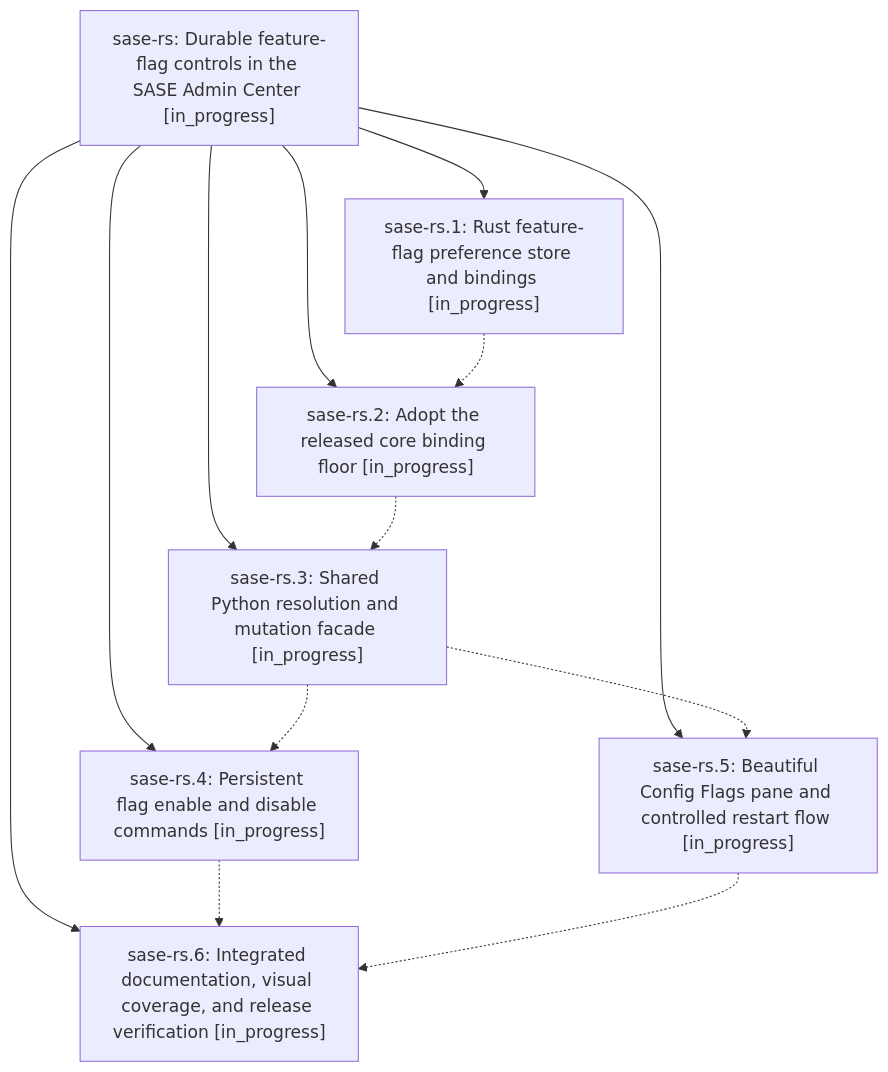
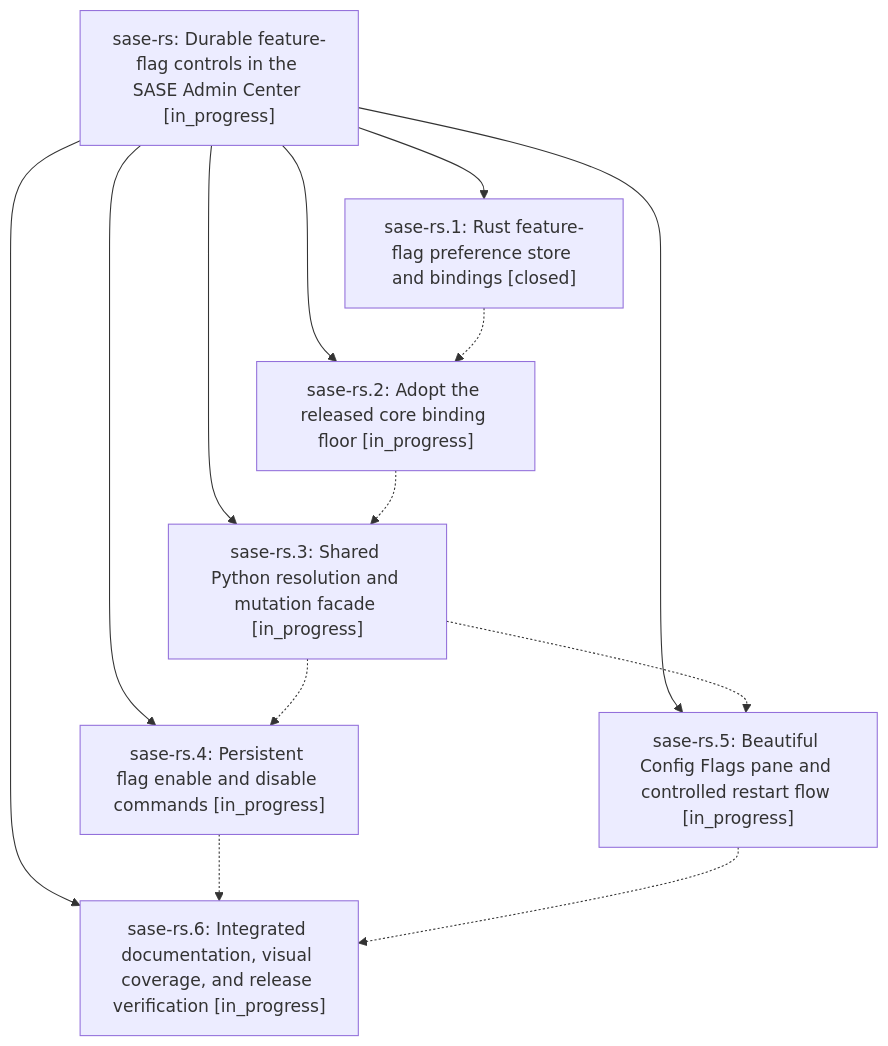
Before and after one commit to sase-org/sase--beads: the diagram in pages/sase-rs/README.md, drawn with Mermaid. The commit also changed other lines of this file and 2 other files, not shown here.

First line of the commit message:
chore(beads): sync bead state and pages for sase-rs

````diff
--- a/pages/sase-rs/README.md
+++ b/pages/sase-rs/README.md
@@ -27,22 +27,22 @@
 ```mermaid
 flowchart TD
     n0["sase-rs: Durable feature-flag controls in the SASE Admin Center [in_progress]"]
-    n1["sase-rs.1: Rust feature-flag preference store and bindings [in_progress]"]
+    n1["sase-rs.1: Rust feature-flag preference store and bindings [closed]"]
     n2["sase-rs.2: Adopt the released core binding floor [in_progress]"]
     n3["sase-rs.3: Shared Python resolution and mutation facade [in_progress]"]
     n4["sase-rs.4: Persistent flag enable and disable commands [in_progress]"]
     n5["sase-rs.5: Beautiful Config Flags pane and controlled restart flow [in_progress]"]
     n6["sase-rs.6: Integrated documentation, visual coverage, and release verification [in_progress]"]
     n0 --> n1
     n0 --> n2
     n0 --> n3
     n0 --> n4
     n0 --> n5
     n0 --> n6
     n1 -.-> n2
     n2 -.-> n3
     n3 -.-> n4
     n3 -.-> n5
     n4 -.-> n6
     n5 -.-> n6
 ```
````
